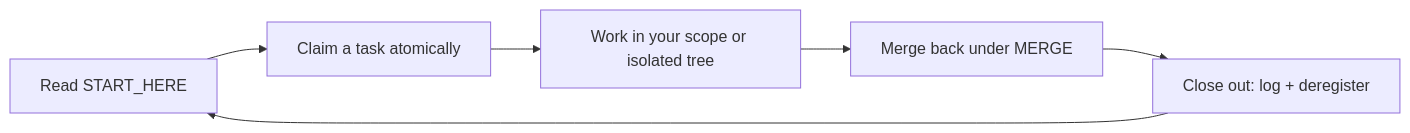
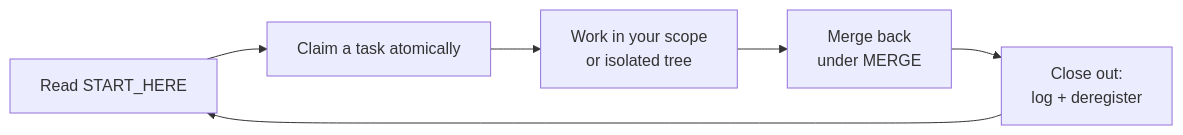
The diagram in README.md (moiz-za/system-kit), drawn with Mermaid before and after one commit. The commit also changed other lines of this file and 11 other files, not shown here.

````diff
--- a/README.md
+++ b/README.md
@@ -86,8 +77,8 @@
 ```mermaid
 flowchart LR
     A["Read START_HERE"] --> B["Claim a task atomically"]
-    B --> C["Work in your scope or isolated tree"]
-    C --> D["Merge back under MERGE"]
-    D --> E["Close out: log + deregister"]
+    B --> C["Work in your scope<br/>or isolated tree"]
+    C --> D["Merge back<br/>under MERGE"]
+    D --> E["Close out:<br/>log + deregister"]
     E --> A
 ```
````
